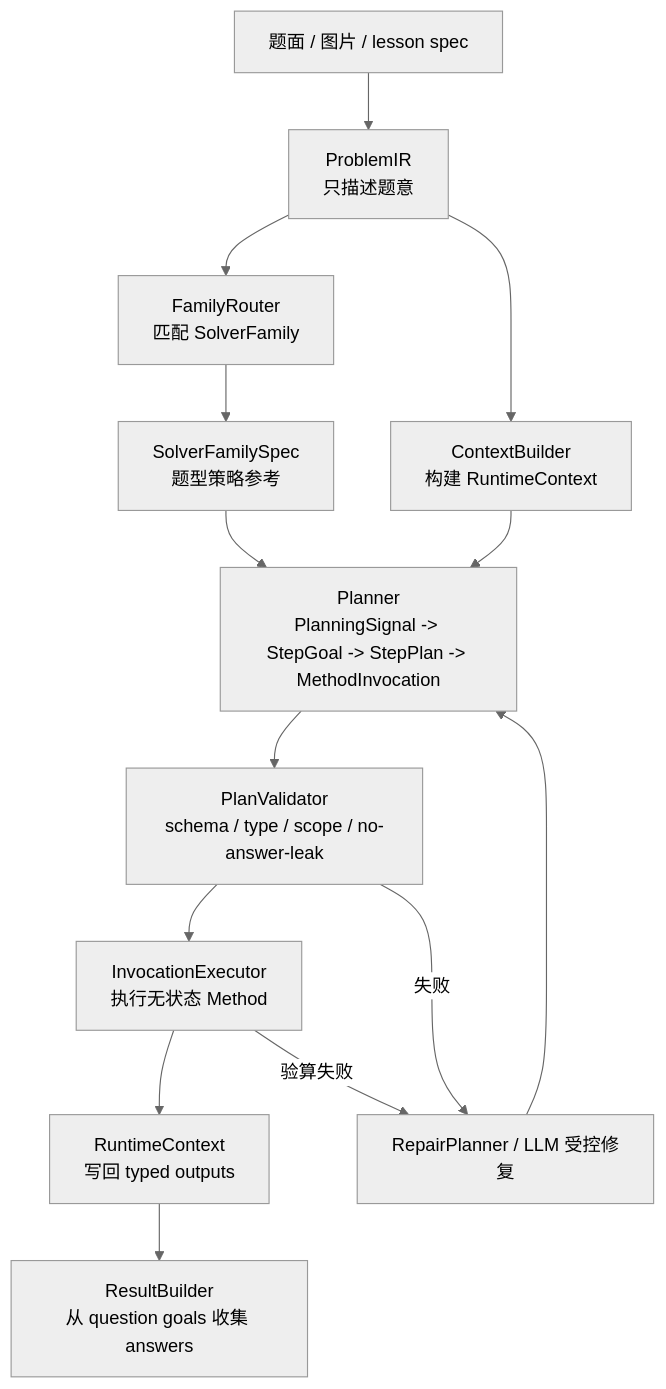
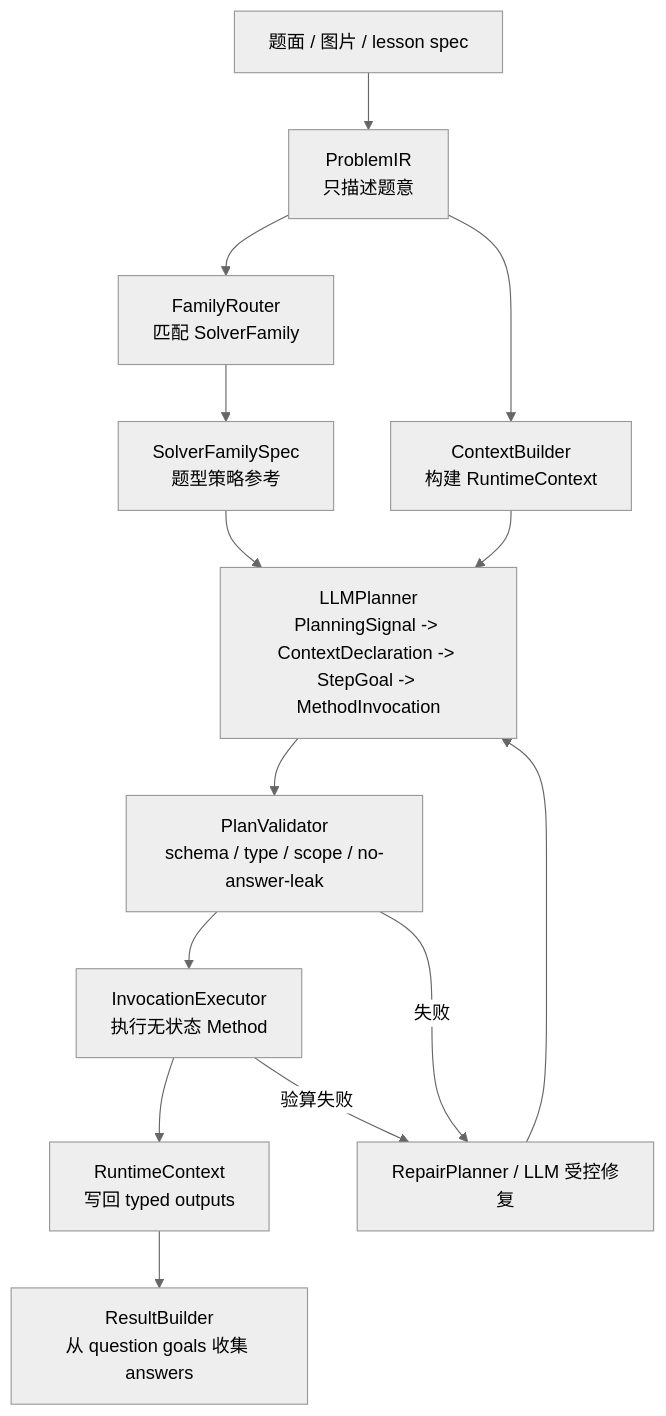
The diagram in docs/method-solver-architecture.md (rongchenxu100/shuxueshuo), drawn with Mermaid (neutral theme) before and after one commit. The commit also changed other lines of this file and 2 other files, not shown here.

First line of the commit message:
文档：Method Solver 架构与 LLM Planner 实施计划

````diff
--- a/docs/method-solver-architecture.md
+++ b/docs/method-solver-architecture.md
@@ -26,16 +26,16 @@
 ```mermaid
 flowchart TD
   A["题面 / 图片 / lesson spec"] --> B["ProblemIR<br/>只描述题意"]
   B --> C["FamilyRouter<br/>匹配 SolverFamily"]
   C --> D["SolverFamilySpec<br/>题型策略参考"]
   B --> E["ContextBuilder<br/>构建 RuntimeContext"]
-  D --> F["Planner<br/>PlanningSignal -> StepGoal -> StepPlan -> MethodInvocation"]
+  D --> F["LLMPlanner<br/>PlanningSignal -> ContextDeclaration -> StepGoal -> MethodInvocation"]
   E --> F
   F --> G["PlanValidator<br/>schema / type / scope / no-answer-leak"]
   G --> H["InvocationExecutor<br/>执行无状态 Method"]
   H --> I["RuntimeContext<br/>写回 typed outputs"]
   I --> J["ResultBuilder<br/>从 question goals 收集 answers"]
   G -- "失败" --> K["RepairPlanner / LLM 受控修复"]
   H -- "验算失败" --> K
   K --> F
 ```
````
